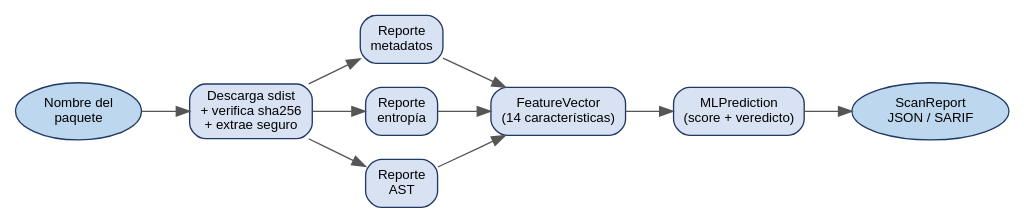
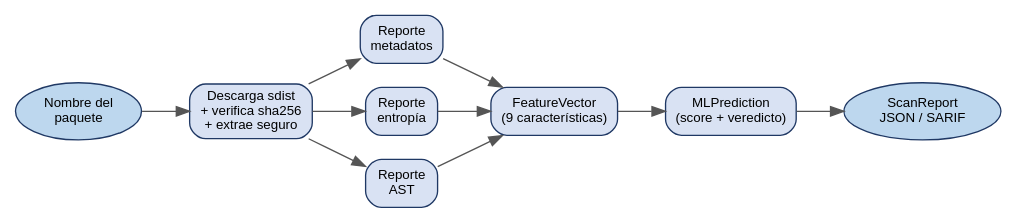
Before and after one commit to GjuanETH/PyScan: the diagram in docs/diagrams/flujo.dot, drawn with Graphviz. The commit also changed 3 other files, not shown here.

First line of the commit message:
docs(diagramas): FeatureVector de 9 características en flujo y dominio (Figuras 3.2 y 3.5)

```diff
--- a/docs/diagrams/flujo.dot
+++ b/docs/diagrams/flujo.dot
@@ -1,19 +1,19 @@
 digraph G {
   rankdir=LR; bgcolor="white";
   node [shape=box style="rounded,filled" fontname="Arial" fontsize=10 color="#1F3864" fillcolor="#D9E2F3"];
   edge [fontname="Arial" fontsize=9 color="#555555"];
 
   In [label="Nombre del\npaquete", shape=ellipse fillcolor="#BDD7EE"];
   Fetch [label="Descarga sdist\n+ verifica sha256\n+ extrae seguro"];
   Meta [label="Reporte\nmetadatos"];
   Ent [label="Reporte\nentropía"];
   AST [label="Reporte\nAST"];
-  FV [label="FeatureVector\n(14 características)"];
+  FV [label="FeatureVector\n(9 características)"];
   ML [label="MLPrediction\n(score + veredicto)"];
   Out [label="ScanReport\nJSON / SARIF", shape=ellipse fillcolor="#BDD7EE"];
 
   In -> Fetch;
   Fetch -> Meta; Fetch -> Ent; Fetch -> AST;
   Meta -> FV; Ent -> FV; AST -> FV;
   FV -> ML -> Out;
 }
```
